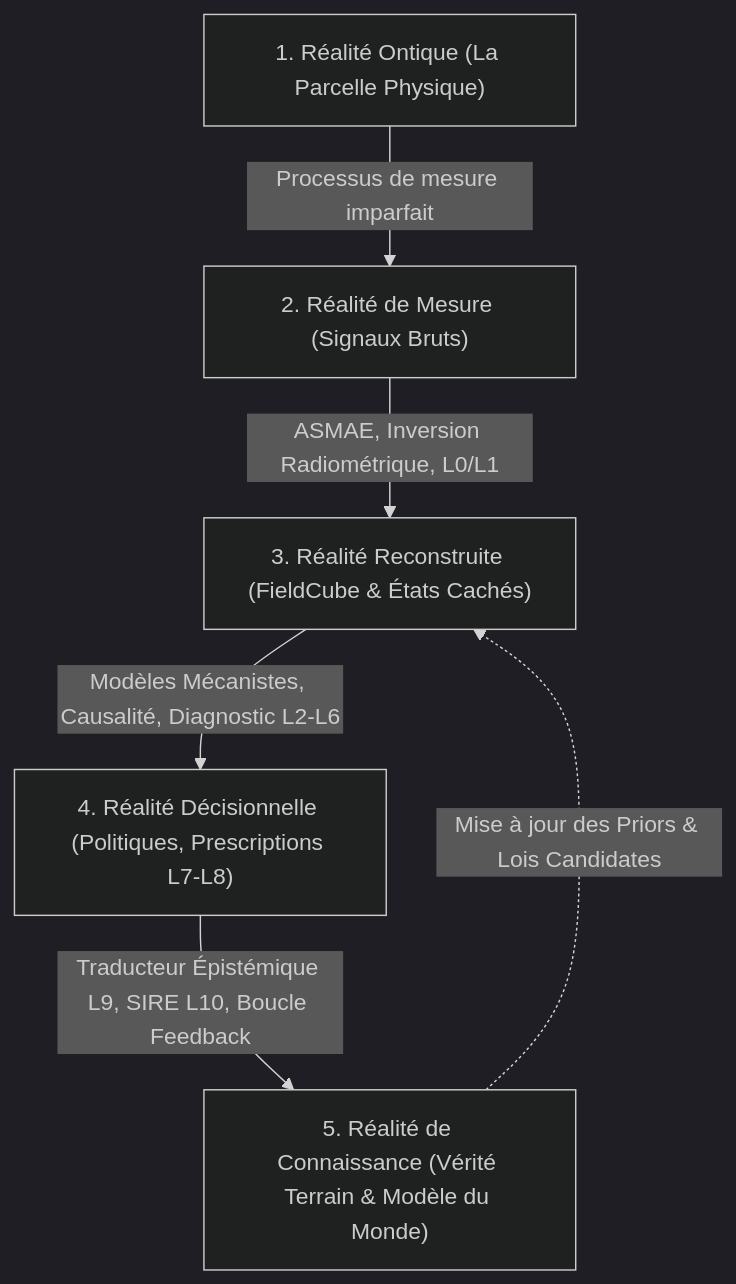
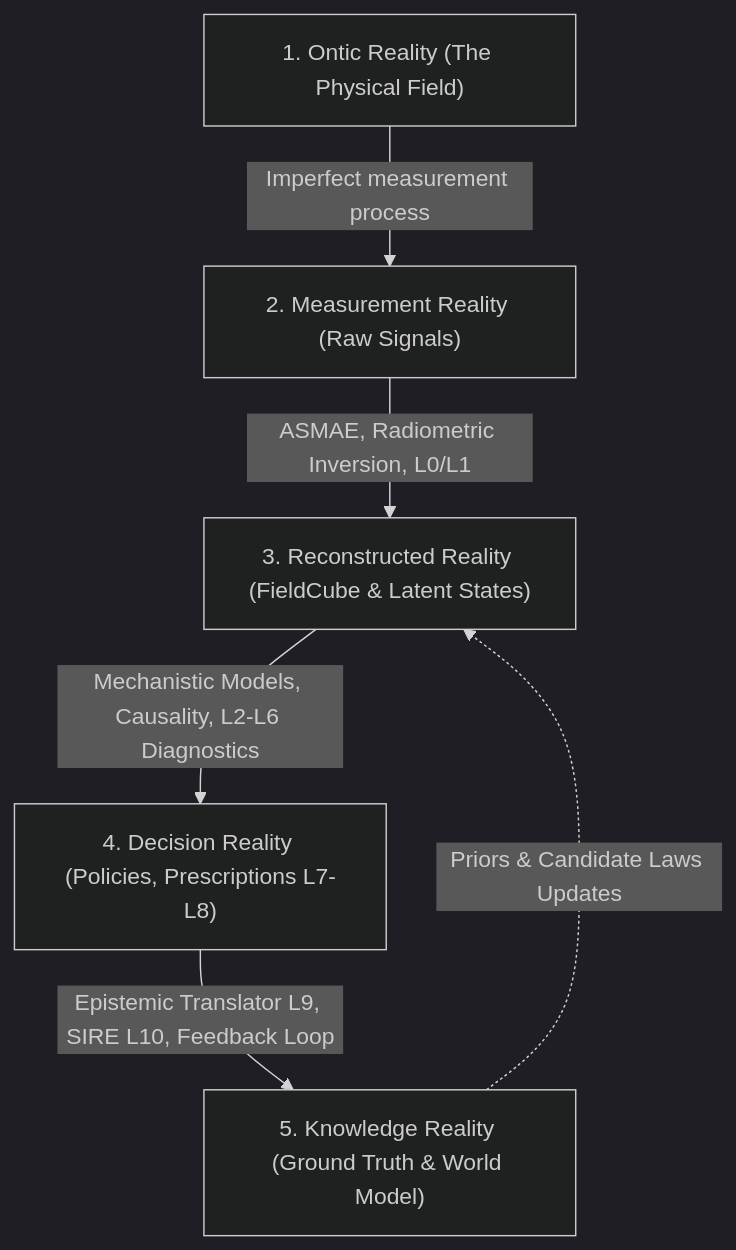
The first of 2 diagrams in README.md (webClone/AgriWise), drawn with Mermaid (dark theme) before and after one commit. The commit also changed other lines of this file, not shown here.

````diff
--- a/README.md
+++ b/README.md
@@ -66,8 +66,8 @@
 ```mermaid
 graph TD
-    R1["1. Réalité Ontique (La Parcelle Physique)"] -->|Processus de mesure imparfait| R2["2. Réalité de Mesure (Signaux Bruts)"]
-    R2 -->|ASMAE, Inversion Radiométrique, L0/L1| R3["3. Réalité Reconstruite (FieldCube & États Cachés)"]
-    R3 -->|Modèles Mécanistes, Causalité, Diagnostic L2-L6| R4["4. Réalité Décisionnelle (Politiques, Prescriptions L7-L8)"]
-    R4 -->|Traducteur Épistémique L9, SIRE L10, Boucle Feedback| R5["5. Réalité de Connaissance (Vérité Terrain & Modèle du Monde)"]
-    R5 -.->|Mise à jour des Priors & Lois Candidates| R3
+    R1["1. Ontic Reality (The Physical Field)"] -->|Imperfect measurement process| R2["2. Measurement Reality (Raw Signals)"]
+    R2 -->|ASMAE, Radiometric Inversion, L0/L1| R3["3. Reconstructed Reality (FieldCube & Latent States)"]
+    R3 -->|Mechanistic Models, Causality, L2-L6 Diagnostics| R4["4. Decision Reality (Policies, Prescriptions L7-L8)"]
+    R4 -->|Epistemic Translator L9, SIRE L10, Feedback Loop| R5["5. Knowledge Reality (Ground Truth & World Model)"]
+    R5 -.->|Priors & Candidate Laws Updates| R3
 ```
````
